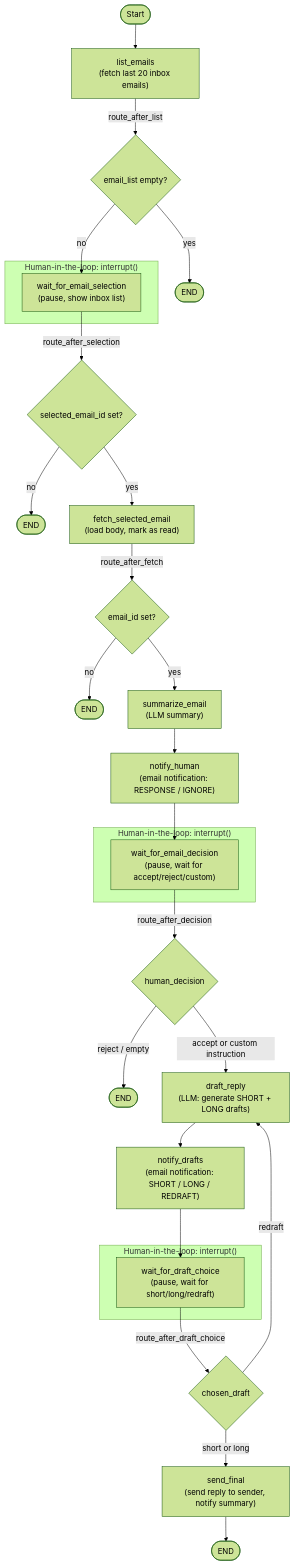
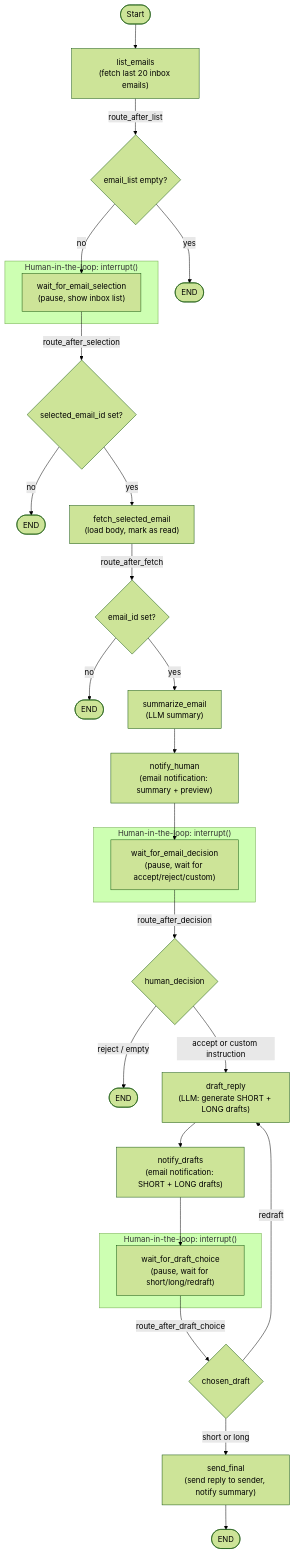
The diagram in README.md (khatikraj2653-collab/EmailHITLAgent), drawn with Mermaid (forest theme) before and after one commit. The commit also changed other lines of this file and 6 other files, not shown here.

````diff
--- a/README.md
+++ b/README.md
@@ -17,44 +17,44 @@
 ```mermaid
 flowchart TD
     START([Start]) --> list_emails["list_emails\n(fetch last 20 inbox emails)"]
 
     list_emails -->|route_after_list| route1{email_list empty?}
     route1 -->|yes| END1([END])
     route1 -->|no| wait_for_email_selection
 
     subgraph HITL1["Human-in-the-loop: interrupt()"]
         wait_for_email_selection["wait_for_email_selection\n(pause, show inbox list)"]
     end
 
     wait_for_email_selection -->|route_after_selection| route2{selected_email_id set?}
     route2 -->|no| END2([END])
     route2 -->|yes| fetch_selected_email["fetch_selected_email\n(load body, mark as read)"]
 
     fetch_selected_email -->|route_after_fetch| route3{email_id set?}
     route3 -->|no| END3([END])
     route3 -->|yes| summarize_email["summarize_email\n(LLM summary)"]
 
-    summarize_email --> notify_human["notify_human\n(email notification: RESPONSE / IGNORE)"]
+    summarize_email --> notify_human["notify_human\n(email notification: summary + preview)"]
     notify_human --> wait_for_email_decision
 
     subgraph HITL2["Human-in-the-loop: interrupt()"]
         wait_for_email_decision["wait_for_email_decision\n(pause, wait for accept/reject/custom)"]
     end
 
     wait_for_email_decision -->|route_after_decision| route4{human_decision}
     route4 -->|reject / empty| END4([END])
     route4 -->|accept or custom instruction| draft_reply["draft_reply\n(LLM: generate SHORT + LONG drafts)"]
 
-    draft_reply --> notify_drafts["notify_drafts\n(email notification: SHORT / LONG / REDRAFT)"]
+    draft_reply --> notify_drafts["notify_drafts\n(email notification: SHORT + LONG drafts)"]
     notify_drafts --> wait_for_draft_choice
 
     subgraph HITL3["Human-in-the-loop: interrupt()"]
         wait_for_draft_choice["wait_for_draft_choice\n(pause, wait for short/long/redraft)"]
     end
 
     wait_for_draft_choice -->|route_after_draft_choice| route5{chosen_draft}
     route5 -->|short or long| send_final["send_final\n(send reply to sender, notify summary)"]
     route5 -->|redraft| draft_reply
 
     send_final --> END5([END])
 ```
````
